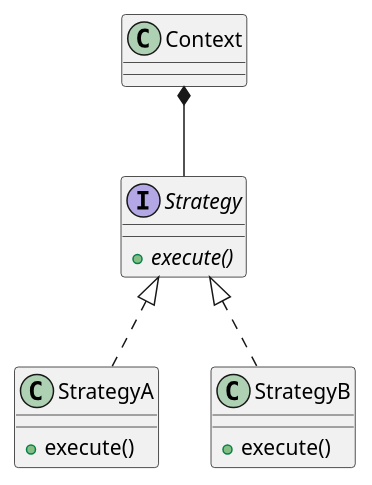
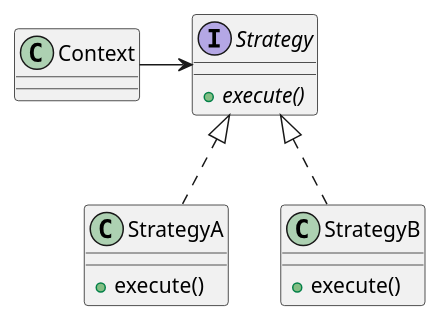
The diagram in DesignPatterns/Strategy/theory.puml (JurajX/Notes), drawn with PlantUML before and after one commit. The commit also changed 7 other files, not shown here.

```diff
--- a/DesignPatterns/Strategy/theory.puml
+++ b/DesignPatterns/Strategy/theory.puml
@@ -1,23 +1,21 @@
 @startuml
-
-class Context { }
 
 interface Strategy
 {
     + {abstract} execute()
 }
 
 class StrategyA
 {
     + execute()
 }
 class StrategyB
 {
     + execute()
 }
 
-Context *-- Strategy
+Context -> Strategy
 Strategy <|.. StrategyA
 Strategy <|.. StrategyB
 
 @enduml
```
